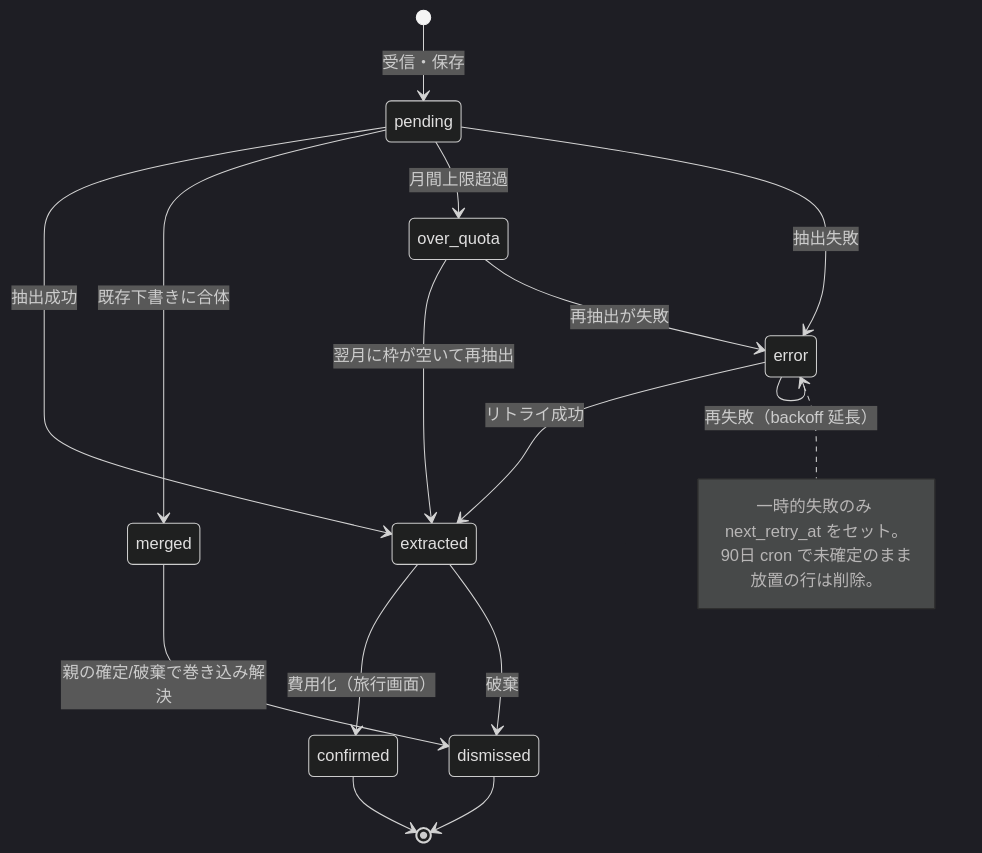
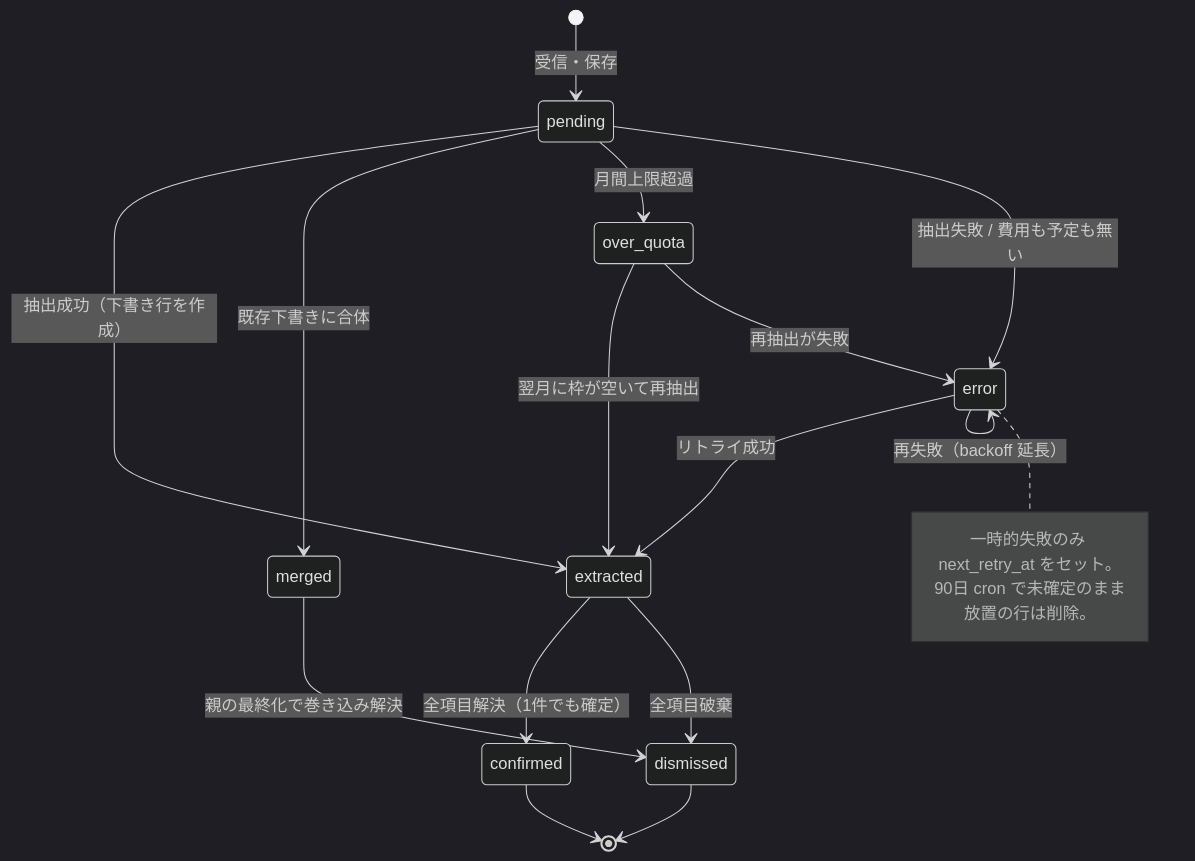
One commit to shidetake/triplot changed the fourth of 4 diagrams in docs/design/import-flow.md. Above: the diagram before and after it, drawn with Mermaid (dark theme). The commit also changed other lines of this file and 1 other file, not shown here.

First line of the commit message:
import-flow設計書とBACKLOGを予定取り込み対応に更新

````diff
--- a/docs/design/import-flow.md
+++ b/docs/design/import-flow.md
@@ -139,25 +166,25 @@
 ```mermaid
 stateDiagram-v2
   [*] --> pending: 受信・保存
-  pending --> extracted: 抽出成功
+  pending --> extracted: 抽出成功（下書き行を作成）
   pending --> merged: 既存下書きに合体
   pending --> over_quota: 月間上限超過
-  pending --> error: 抽出失敗
+  pending --> error: 抽出失敗 / 費用も予定も無い
 
   error --> extracted: リトライ成功
   error --> error: 再失敗（backoff 延長）
   over_quota --> extracted: 翌月に枠が空いて再抽出
   over_quota --> error: 再抽出が失敗
 
-  extracted --> confirmed: 費用化（旅行画面）
-  extracted --> dismissed: 破棄
-  merged --> dismissed: 親の確定/破棄で巻き込み解決
+  extracted --> confirmed: 全項目解決（1件でも確定）
+  extracted --> dismissed: 全項目破棄
+  merged --> dismissed: 親の最終化で巻き込み解決
 
   confirmed --> [*]
   dismissed --> [*]
 
   note right of error
     一時的失敗のみ next_retry_at をセット。
     90日 cron で未確定のまま放置の行は削除。
   end note
 ```
````
